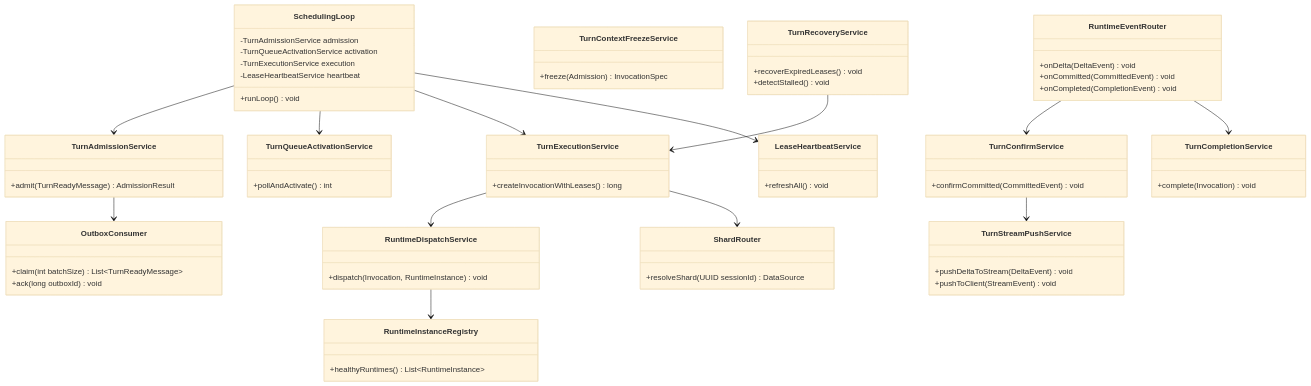
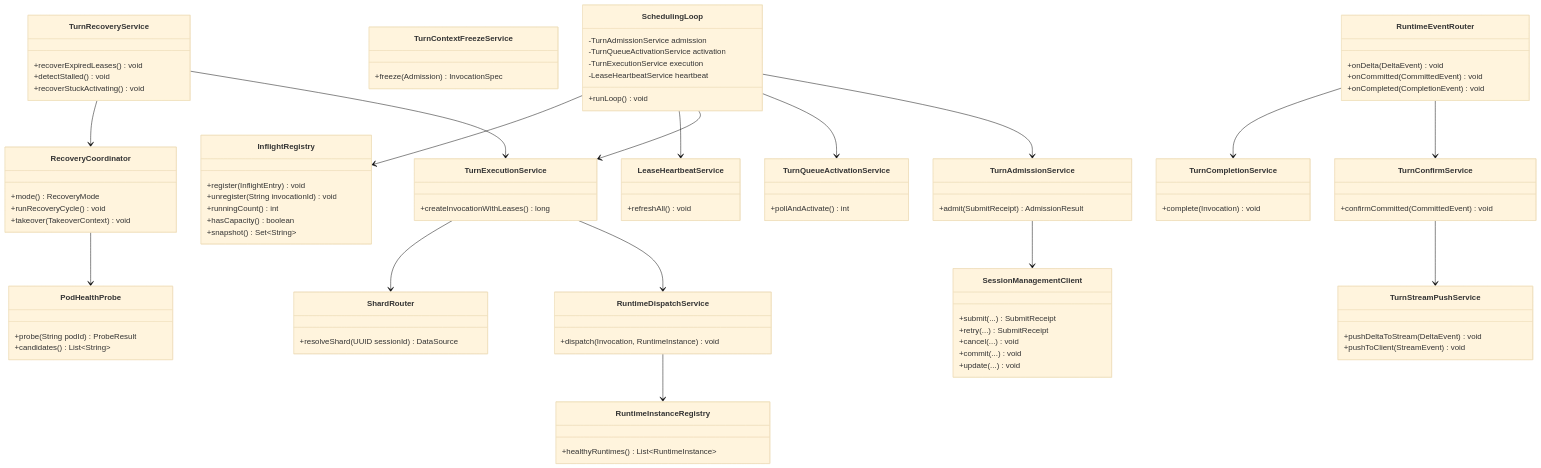
One commit to JamesLi-NLP/AgentGateway changed the ninth of 9 diagrams in design/turn-scheduler-lld.md. Above: the diagram before and after it, drawn with Mermaid (base theme). The commit also changed other lines of this file and 13 other files, not shown here.

````diff
--- a/design/turn-scheduler-lld.md
+++ b/design/turn-scheduler-lld.md
@@ -803,11 +813,14 @@
         +runLoop() void
     }
     class TurnAdmissionService {
-        +admit(TurnReadyMessage) AdmissionResult
+        +admit(SubmitReceipt) AdmissionResult
     }
-    class OutboxConsumer {
-        +claim(int batchSize) List~TurnReadyMessage~
-        +ack(long outboxId) void
+    class SessionManagementClient {
+        +submit(...) SubmitReceipt
+        +retry(...) SubmitReceipt
+        +cancel(...) void
+        +commit(...) void
+        +update(...) void
     }
     class TurnQueueActivationService {
         +pollAndActivate() int
@@ -838,6 +851,23 @@
     class TurnRecoveryService {
         +recoverExpiredLeases() void
         +detectStalled() void
+        +recoverStuckActivating() void
+    }
+    class RecoveryCoordinator {
+        +mode() RecoveryMode
+        +runRecoveryCycle() void
+        +takeover(TakeoverContext) void
+    }
+    class PodHealthProbe {
+        +probe(String podId) ProbeResult
+        +candidates() List~String~
+    }
+    class InflightRegistry {
+        +register(InflightEntry) void
+        +unregister(String invocationId) void
+        +runningCount() int
+        +hasCapacity() boolean
+        +snapshot() Set~String~
     }
     class TurnStreamPushService {
         +pushDeltaToStream(DeltaEvent) void
@@ -851,7 +881,7 @@
     }
 
     SchedulingLoop --> TurnAdmissionService
-    TurnAdmissionService --> OutboxConsumer
+    TurnAdmissionService --> SessionManagementClient
     SchedulingLoop --> TurnQueueActivationService
     SchedulingLoop --> TurnExecutionService
     SchedulingLoop --> LeaseHeartbeatService
@@ -861,5 +891,8 @@
     RuntimeEventRouter --> TurnCompletionService
     TurnConfirmService --> TurnStreamPushService
     TurnRecoveryService --> TurnExecutionService
+    TurnRecoveryService --> RecoveryCoordinator
+    RecoveryCoordinator --> PodHealthProbe
+    SchedulingLoop --> InflightRegistry
     TurnExecutionService --> ShardRouter
 ```
````
